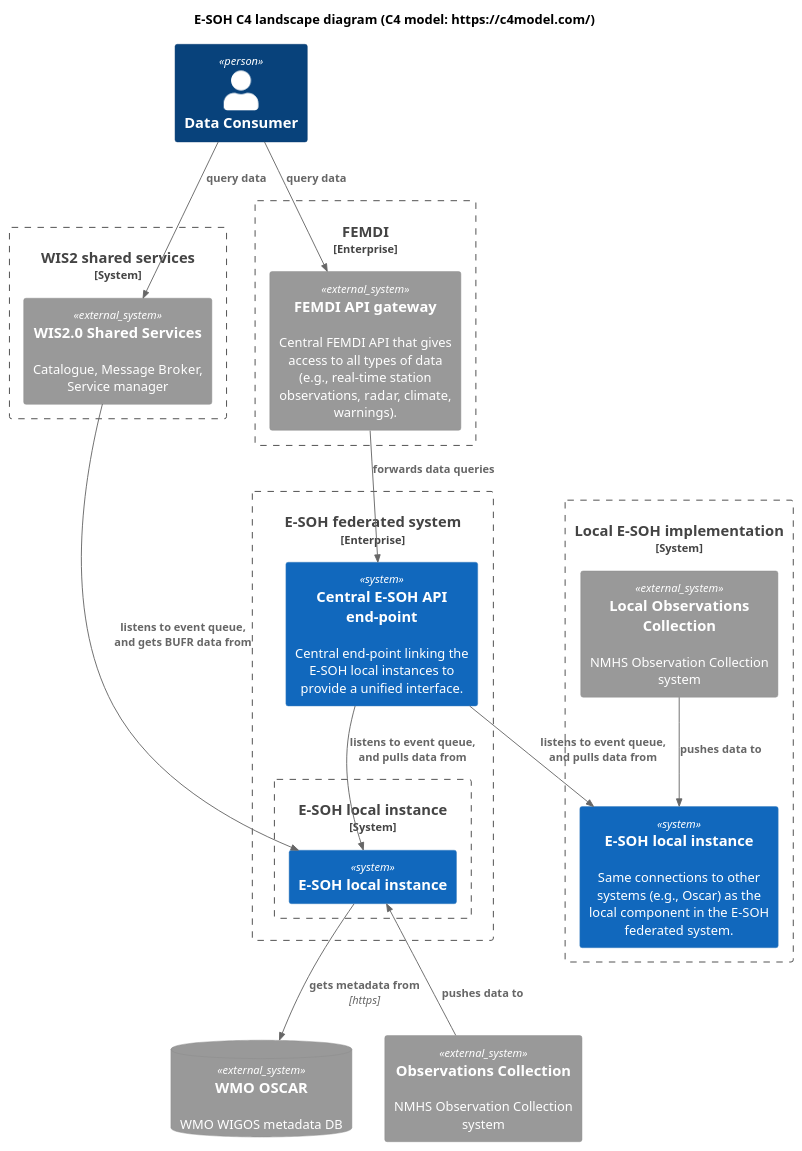
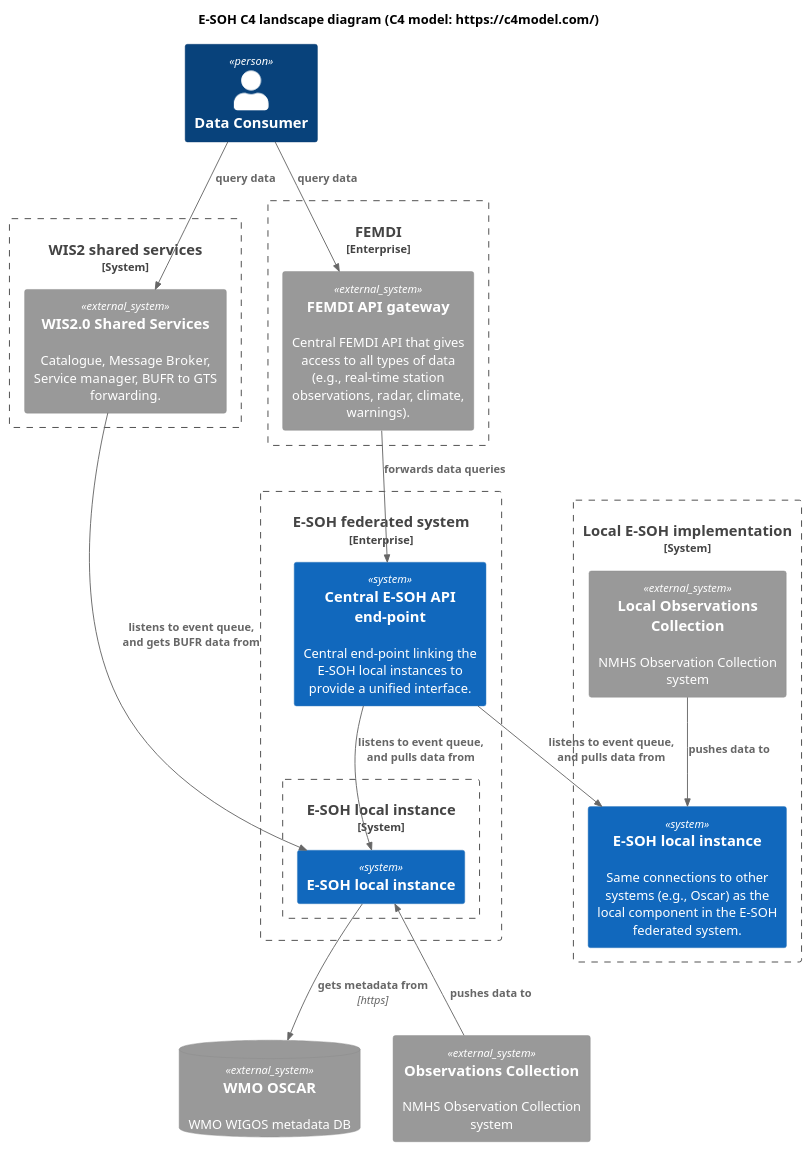
One commit to EURODEO/e-soh-c4 changed the diagram in 02-landscape-diagram/E-SOH-C4-landscape-diagram.puml. Above: the diagram before and after it, drawn with PlantUML. The commit also changed 1 other file, not shown here.

```diff
--- a/02-landscape-diagram/E-SOH-C4-landscape-diagram.puml
+++ b/02-landscape-diagram/E-SOH-C4-landscape-diagram.puml
@@ -1,65 +1,65 @@
 @startuml "E-SOH-C4-landscape-diagram"
 
 !include <C4/C4_Container>
 
 '!include https://raw.githubusercontent.com/plantuml-stdlib/C4-PlantUML/master/C4_Context.puml
 ' or use local:
 '!include C4_Context.puml
 
 LAYOUT_TOP_DOWN()
 'LAYOUT_LEFT_RIGHT()
 'LAYOUT_AS_SKETCH()
 'LAYOUT_WITH_LEGEND()
 
 title E-SOH C4 landscape diagram (C4 model: https://c4model.com/)
 
 'AddElementTag("microService", $shape=EightSidedShape(), $bgColor="CornflowerBlue", $fontColor="white", $legendText="micro service\neight sided")
 
 
 Person(consumer, "Data Consumer")
 
 Enterprise_Boundary(femdi_all, "FEMDI") {
     System_Ext("femdigw", "FEMDI API gateway", "Central FEMDI API that gives access to all types of data (e.g., real-time station observations, radar, climate, warnings).")
 }
 
 Enterprise_Boundary(esoh_all, "E-SOH federated system"){
   System(centralapi, "Central E-SOH API end-point", "Central end-point linking the E-SOH local instances to provide a unified interface.")
 
   System_Boundary(esoh_fed, "E-SOH local instance"){
     System(esoh, "E-SOH local instance", "")
   }
 }
 
 ' WIS2 box:
 System_Boundary(wis2shared_all, "WIS2 shared services"){
-    System_Ext(wis2shared, "WIS2.0 Shared Services", "Catalogue, Message Broker, Service manager")
+    System_Ext(wis2shared, "WIS2.0 Shared Services", "Catalogue, Message Broker, Service manager, BUFR to GTS forwarding.")
     'System_Ext(wis2gts, "WMO WIS2.0 GTS relay", "Relay the BUFR files into GTS.")
 }
 
 System_Boundary(esoh_local_implementation, "Local E-SOH implementation"){
     System_Ext(obscoll_local,"Local Observations Collection", "NMHS Observation Collection system")
     System(esoh_local, "E-SOH local instance", "Same connections to other systems (e.g., Oscar) as the local component in the E-SOH federated system.")
 }
 
 SystemDb_Ext(oscar, "WMO OSCAR", "WMO WIGOS metadata DB")
 System_Ext(obscoll,"Observations Collection", "NMHS Observation Collection system")
 
 Rel_U(obscoll, esoh, "pushes data to")
 
 Rel(obscoll_local, esoh_local, "pushes data to")
 
 
 Rel(wis2shared, esoh, "listens to event queue, and gets BUFR data from")
 Rel(esoh, oscar, "gets metadata from", "https")
 
 Rel(consumer, wis2shared ,"query data")
 Rel("consumer", "femdigw","query data")
 Rel(femdigw, centralapi, "forwards data queries")
 Rel(centralapi, esoh_local, "listens to event queue, and pulls data from")
 Rel(centralapi, esoh, "listens to event queue, and pulls data from")
 
 'layout:
 'Lay_U("oscar", "obscoll")
 'Lay_L("obscoll","esoh")
 
 @enduml
```
